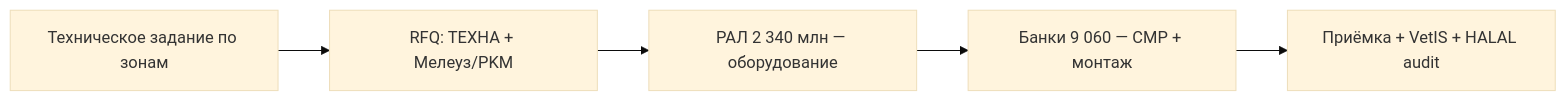
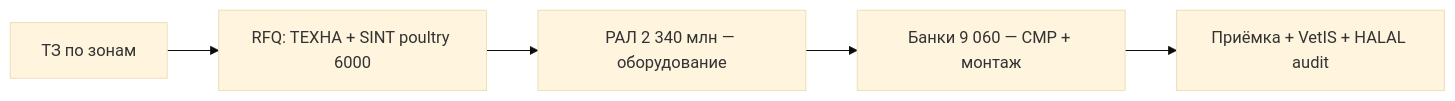
The diagram in docs/teo-poultry/appendix/vendors-equipment.md (Demid369/Nova-agro), drawn with Mermaid (base theme) before and after one commit. The commit also changed other lines of this file and 10 other files, not shown here.

First line of the commit message:
docs(poultry): канон вендоров — TEXHA, SINT poultry 6000, FRAGOLA/PRIMERANO/ASTORIOS

````diff
--- a/docs/teo-poultry/appendix/vendors-equipment.md
+++ b/docs/teo-poultry/appendix/vendors-equipment.md
@@ -143,7 +79,7 @@
 ```mermaid
 flowchart LR
-  A[Техническое задание по зонам] --> B[RFQ: TEXHA + Мелеуз/PKM]
+  A[ТЗ по зонам] --> B[RFQ: TEXHA + SINT poultry 6000]
   B --> C[РАЛ 2 340 млн — оборудование]
   C --> D[Банки 9 060 — СМР + монтаж]
   D --> E[Приёмка + VetIS + HALAL audit]
 ```
````
